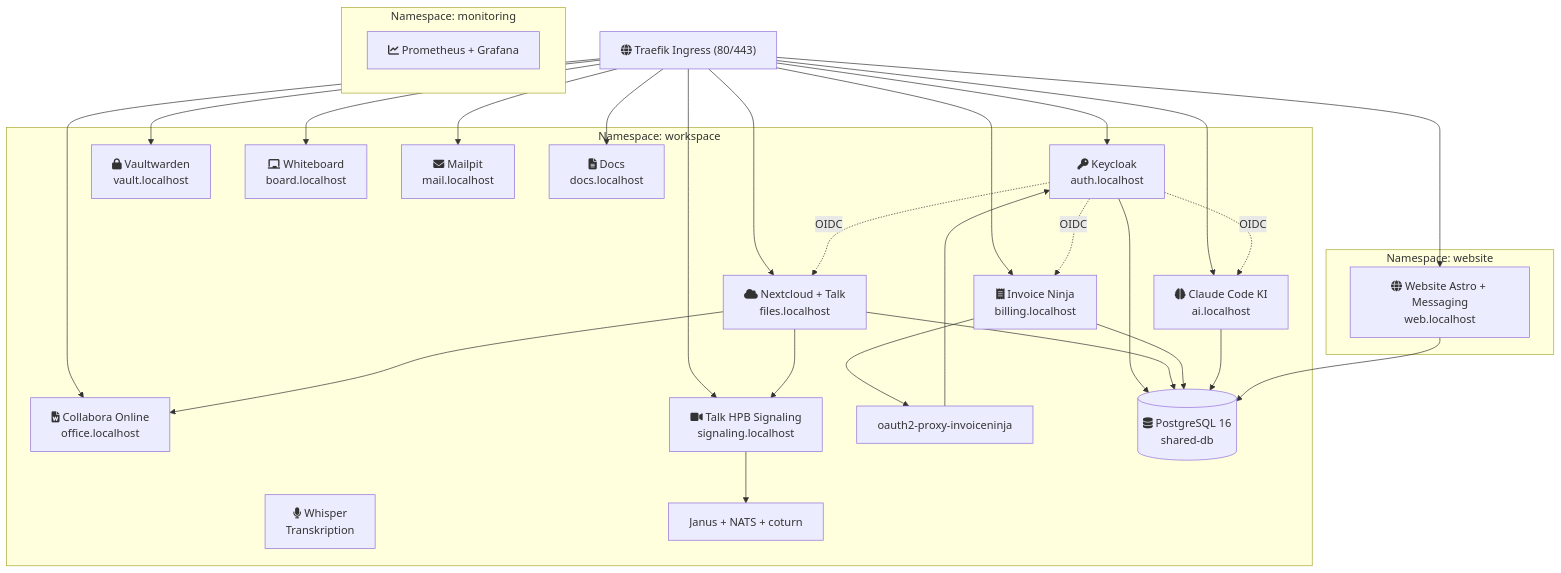
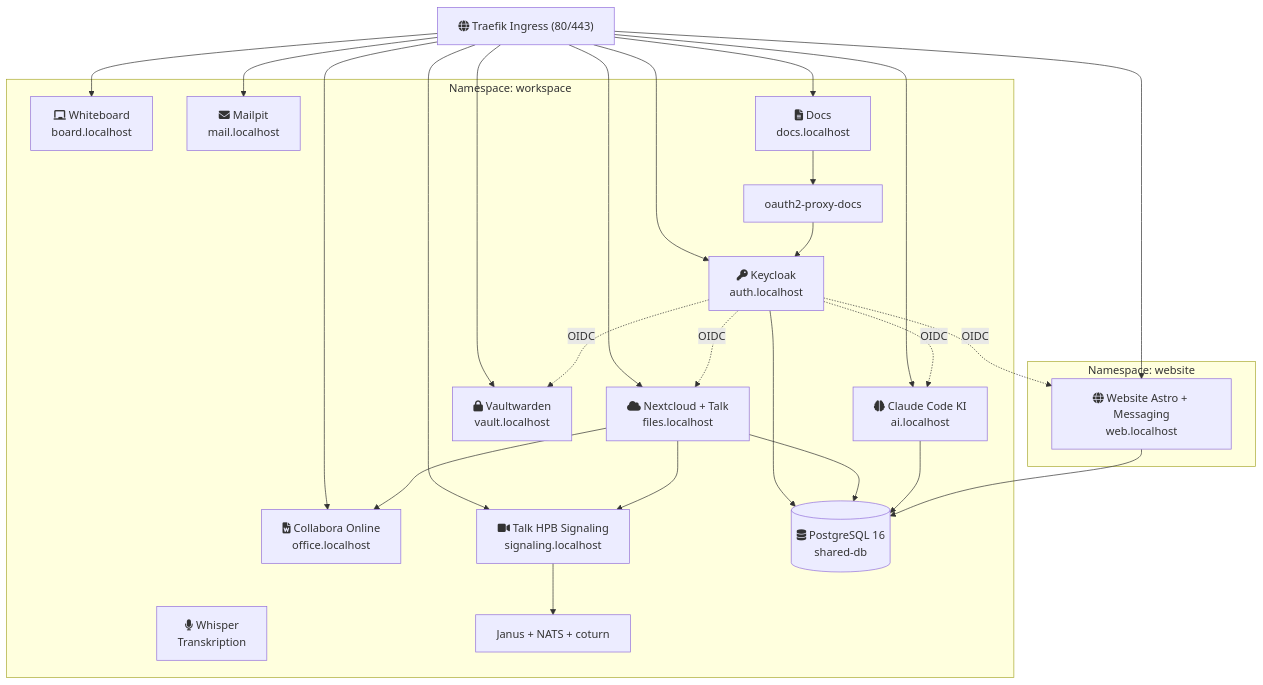
The diagram in CLAUDE.md (Paddione/Bachelorprojekt), drawn with Mermaid before and after one commit. The commit also changed other lines of this file and 108 other files, not shown here.

First line of the commit message:
chore: infrastructure drift cleanup — remove Prometheus/Grafana, Mattermost, InvoiceNinja, and embedding stale refs (#158)

````diff
--- a/CLAUDE.md
+++ b/CLAUDE.md
@@ -119,39 +118,34 @@
 ```mermaid
 graph TB
     Traefik["fa:fa-globe Traefik Ingress (80/443)"]
 
     subgraph workspace ["Namespace: workspace"]
         KC["fa:fa-key Keycloak<br/>auth.localhost"]
         NC["fa:fa-cloud Nextcloud + Talk<br/>files.localhost"]
         CO["fa:fa-file-word Collabora Online<br/>office.localhost"]
         HPB["fa:fa-video Talk HPB Signaling<br/>signaling.localhost"]
         OC["fa:fa-brain Claude Code KI<br/>ai.localhost"]
-        IN["fa:fa-receipt Invoice Ninja<br/>billing.localhost"]
         VW["fa:fa-lock Vaultwarden<br/>vault.localhost"]
         WB["fa:fa-chalkboard Whiteboard<br/>board.localhost"]
         MP["fa:fa-envelope Mailpit<br/>mail.localhost"]
         DOCS["fa:fa-file-lines Docs<br/>docs.localhost"]
-        OAUTH[oauth2-proxy-invoiceninja]
+        OAUTH2[oauth2-proxy-docs]
         WHISPER["fa:fa-microphone Whisper<br/>Transkription"]
         JANUS[Janus + NATS + coturn]
         DB[("fa:fa-database PostgreSQL 16<br/>shared-db")]
     end
 
     subgraph website-ns ["Namespace: website"]
         WEB["fa:fa-globe Website Astro + Messaging<br/>web.localhost"]
     end
 
-    subgraph monitoring-ns ["Namespace: monitoring"]
-        PROM["fa:fa-chart-line Prometheus + Grafana"]
-    end
+    Traefik --> KC & NC & CO & HPB & OC & VW & WB & MP & DOCS & WEB
 
-    Traefik --> KC & NC & CO & HPB & OC & IN & VW & WB & MP & DOCS & WEB
-
-    KC -. OIDC .-> NC & IN & OC
-    OAUTH --> KC
-    IN --> OAUTH
+    KC -. OIDC .-> NC & OC & VW & WEB
+    OAUTH2 --> KC
+    DOCS --> OAUTH2
     NC --> CO
     NC --> HPB --> JANUS
-    KC & NC & IN & OC --> DB
+    KC & NC & OC --> DB
     WEB --> DB
 ```
````
